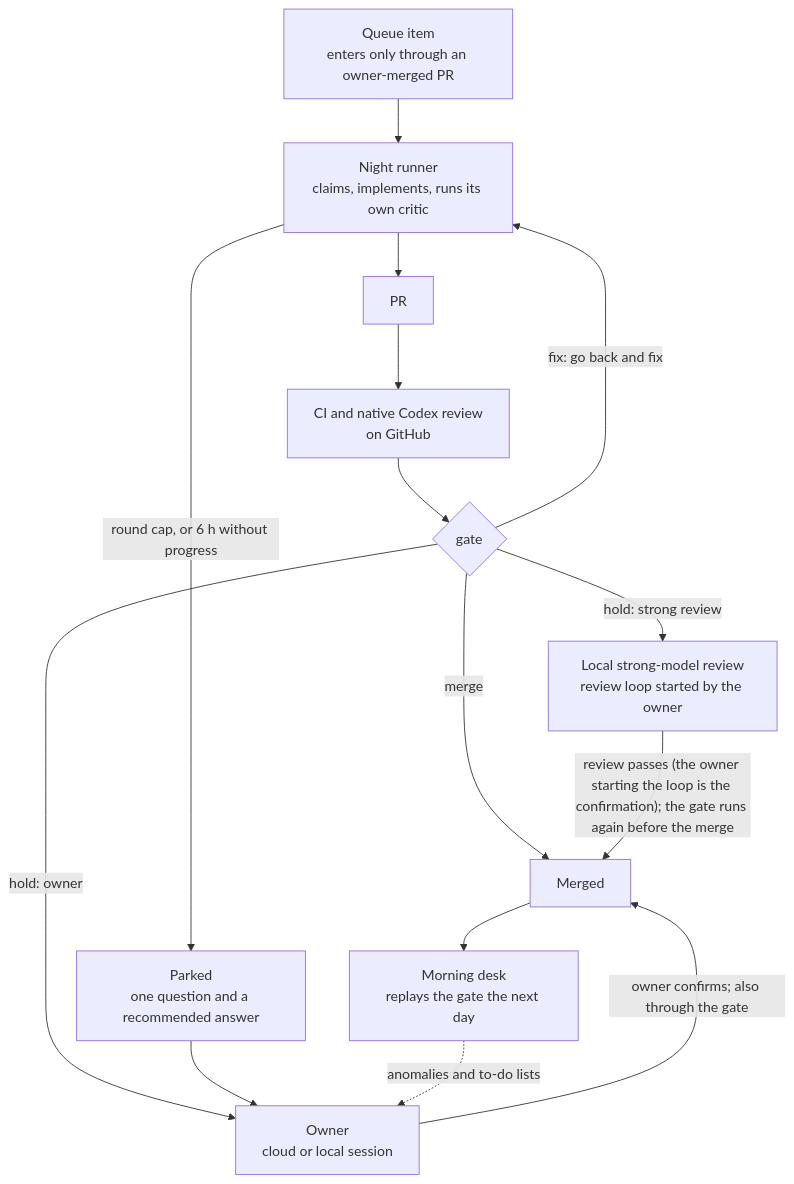
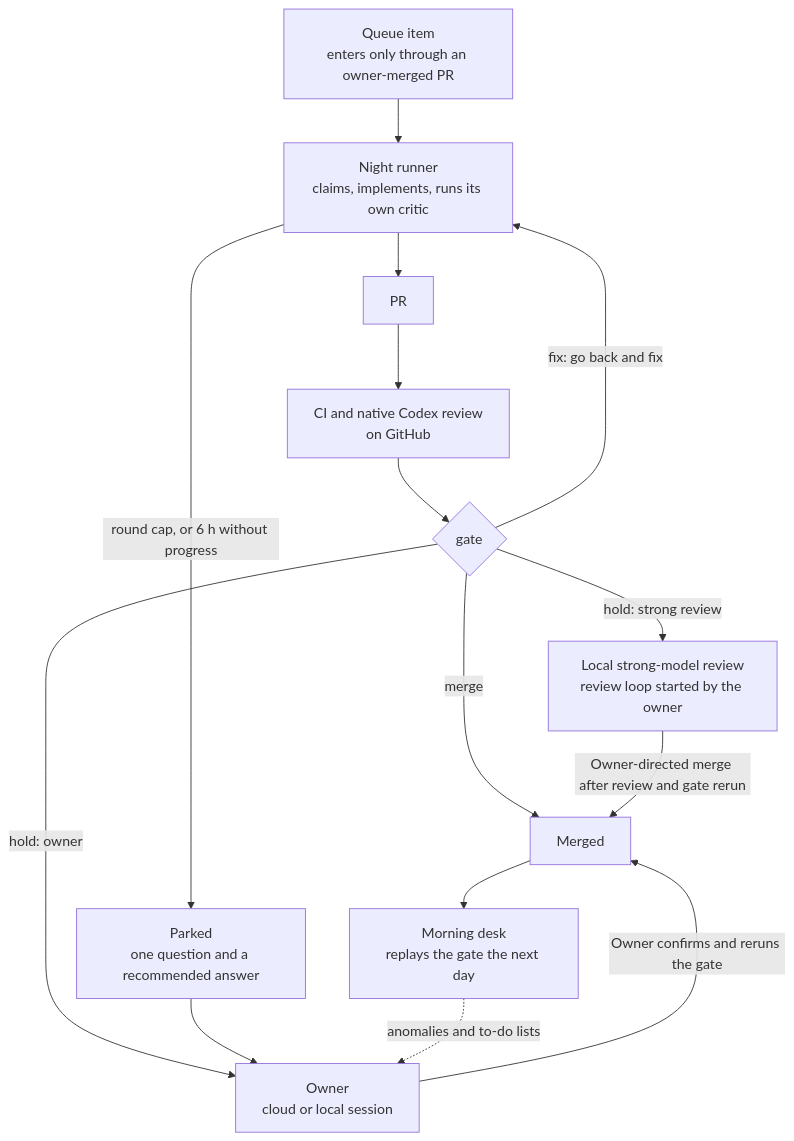
One commit to yusaanthya/agent-pipeline-kit changed the third of 5 diagrams in README.md. Above: the diagram before and after it, drawn with Mermaid. The commit also changed other lines of this file and 26 other files, not shown here.

````diff
--- a/README.md
+++ b/README.md
@@ -76,17 +46,17 @@
 ```mermaid
 flowchart TD
   q["Queue item<br/>enters only through an owner-merged PR"] --> r["Night runner<br/>claims, implements, runs its own critic"]
   r --> pr["PR"]
   pr --> ci["CI and native Codex review<br/>on GitHub"]
   ci --> g{"gate"}
   g -->|"fix: go back and fix"| r
   g -->|"merge"| m["Merged"]
   g -->|"hold: strong review"| s["Local strong-model review<br/>review loop started by the owner"]
   g -->|"hold: owner"| o["Owner<br/>cloud or local session"]
   r -->|"round cap, or 6 h without progress"| d["Parked<br/>one question and a recommended answer"]
   d --> o
-  s -->|"review passes (the owner starting the loop is the confirmation); the gate runs again before the merge"| m
-  o -->|"owner confirms; also through the gate"| m
+  s -->|"Owner-directed merge after review and gate rerun"| m
+  o -->|"Owner confirms and reruns the gate"| m
   m --> desk["Morning desk<br/>replays the gate the next day"]
   desk -.->|"anomalies and to-do lists"| o
 ```
````
